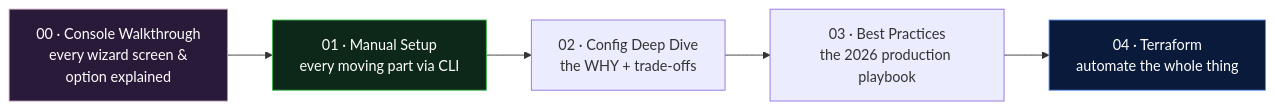
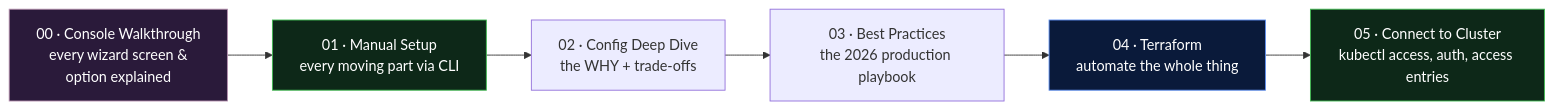
Before and after one commit to siva9800/learn-k8s: the diagram in day11-eks/eks-cluster-creation/README.md, drawn with Mermaid. The commit also changed other lines of this file and 3 other files, not shown here.

First line of the commit message:
Add 05-connecting-to-the-cluster.md: post-creation kubectl access guide

````diff
--- a/day11-eks/eks-cluster-creation/README.md
+++ b/day11-eks/eks-cluster-creation/README.md
@@ -9,10 +9,12 @@
 ```mermaid
 flowchart LR
     Z["00 · Console Walkthrough<br/>every wizard screen &<br/>option explained"] --> A["01 · Manual Setup<br/>every moving part via CLI"]
     A --> B["02 · Config Deep Dive<br/>the WHY + trade-offs"]
     B --> C["03 · Best Practices<br/>the 2026 production playbook"]
     C --> D["04 · Terraform<br/>automate the whole thing"]
+    D --> E["05 · Connect to Cluster<br/>kubectl access, auth, access entries"]
     style Z fill:#2a1a3a,stroke:#b48ead,color:#fff
     style A fill:#0d2818,stroke:#3fb950,color:#fff
     style D fill:#0a1a3a,stroke:#5b8def,color:#fff
+    style E fill:#0d2818,stroke:#3fb950,color:#fff
 ```
````
